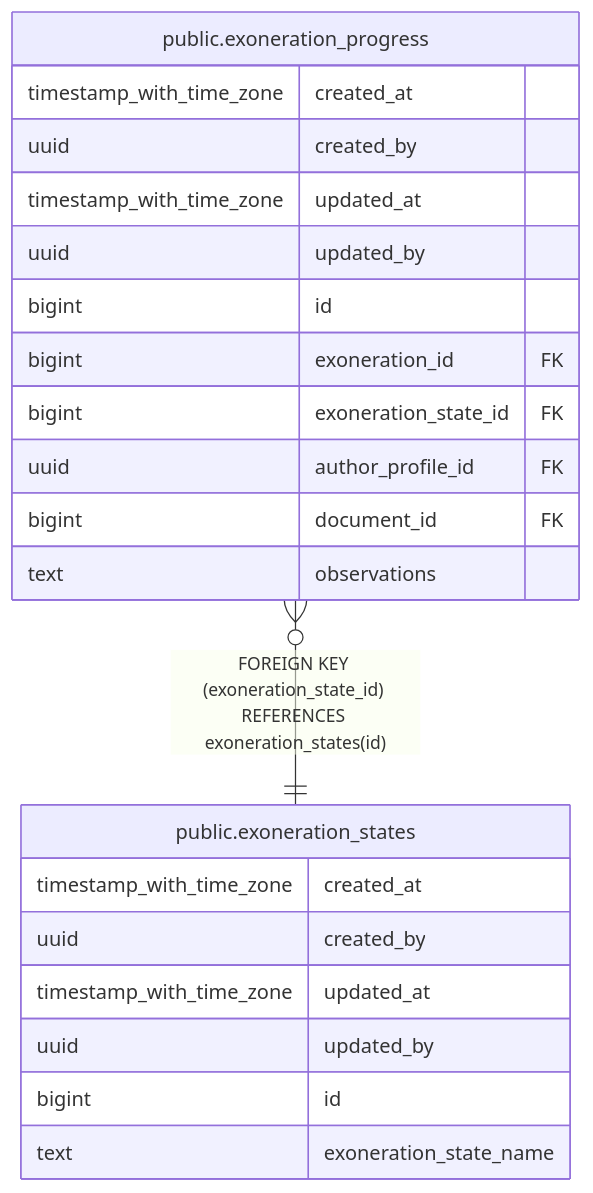
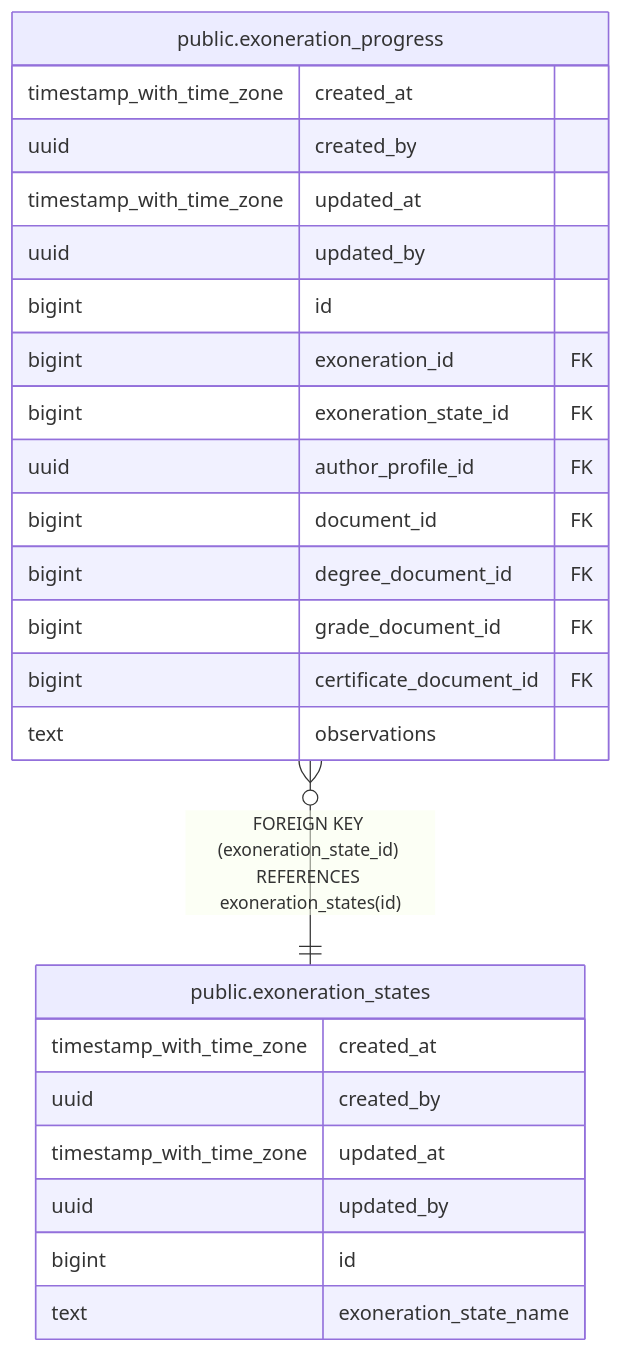
Before and after one commit to icristianhernandez/academic-service-backend: the diagram in docs/db/tbls/public.exoneration_states.md, drawn with Mermaid. The commit also changed 7 other files, not shown here.

````diff
--- a/docs/db/tbls/public.exoneration_states.md
+++ b/docs/db/tbls/public.exoneration_states.md
@@ -39,26 +39,29 @@
 ```mermaid
 erDiagram
 
 "public.exoneration_progress" }o--|| "public.exoneration_states" : "FOREIGN KEY (exoneration_state_id) REFERENCES exoneration_states(id)"
 
 "public.exoneration_states" {
   timestamp_with_time_zone created_at ""
   uuid created_by ""
   timestamp_with_time_zone updated_at ""
   uuid updated_by ""
   bigint id ""
   text exoneration_state_name ""
 }
 "public.exoneration_progress" {
   timestamp_with_time_zone created_at ""
   uuid created_by ""
   timestamp_with_time_zone updated_at ""
   uuid updated_by ""
   bigint id ""
   bigint exoneration_id FK ""
   bigint exoneration_state_id FK ""
   uuid author_profile_id FK ""
   bigint document_id FK ""
+  bigint degree_document_id FK ""
+  bigint grade_document_id FK ""
+  bigint certificate_document_id FK ""
   text observations ""
 }
 ```
````
